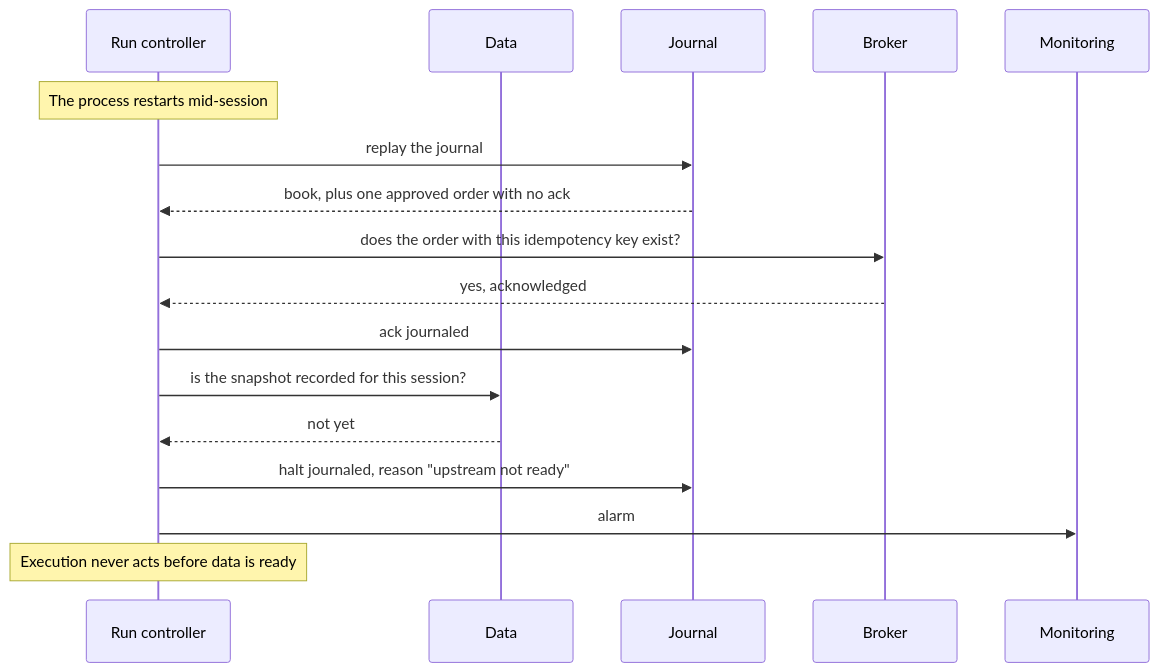
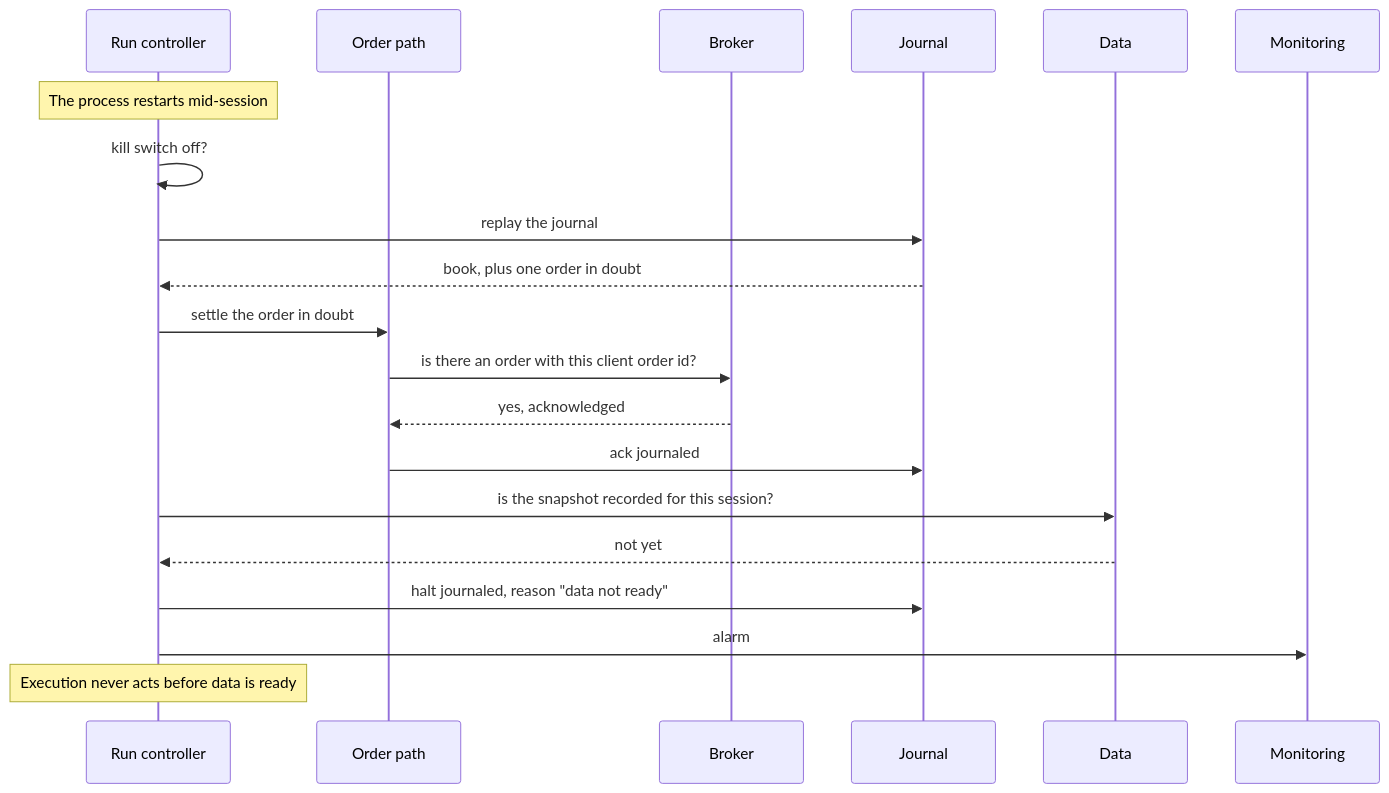
The sixth of 16 diagrams in docs/architecture.md (l3a0/ithildin-runtime), drawn with Mermaid before and after one commit. The commit also changed other lines of this file, not shown here.

First line of the commit message:
docs(architecture): apply the review's verified findings

````diff
--- a/docs/architecture.md
+++ b/docs/architecture.md
@@ -360,20 +448,23 @@
 ```mermaid
 sequenceDiagram
     participant R as Run controller
+    participant X as Order path
+    participant B as Broker
+    participant J as Journal
     participant D as Data
-    participant J as Journal
-    participant B as Broker
     participant M as Monitoring
 
     Note over R: The process restarts mid-session
+    R->>R: kill switch off?
     R->>J: replay the journal
-    J-->>R: book, plus one approved order with no ack
-    R->>B: does the order with this idempotency key exist?
-    B-->>R: yes, acknowledged
-    R->>J: ack journaled
+    J-->>R: book, plus one order in doubt
+    R->>X: settle the order in doubt
+    X->>B: is there an order with this client order id?
+    B-->>X: yes, acknowledged
+    X->>J: ack journaled
     R->>D: is the snapshot recorded for this session?
     D-->>R: not yet
-    R->>J: halt journaled, reason "upstream not ready"
+    R->>J: halt journaled, reason "data not ready"
     R->>M: alarm
     Note over R: Execution never acts before data is ready
 ```
````
